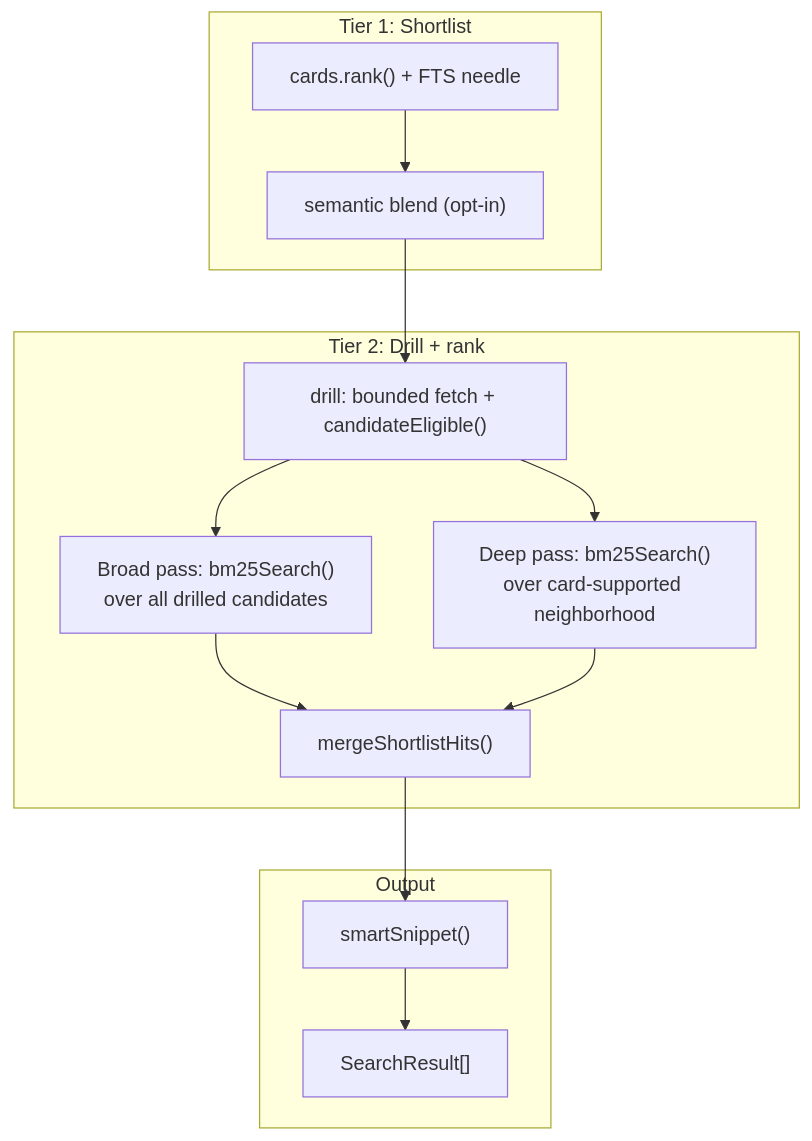
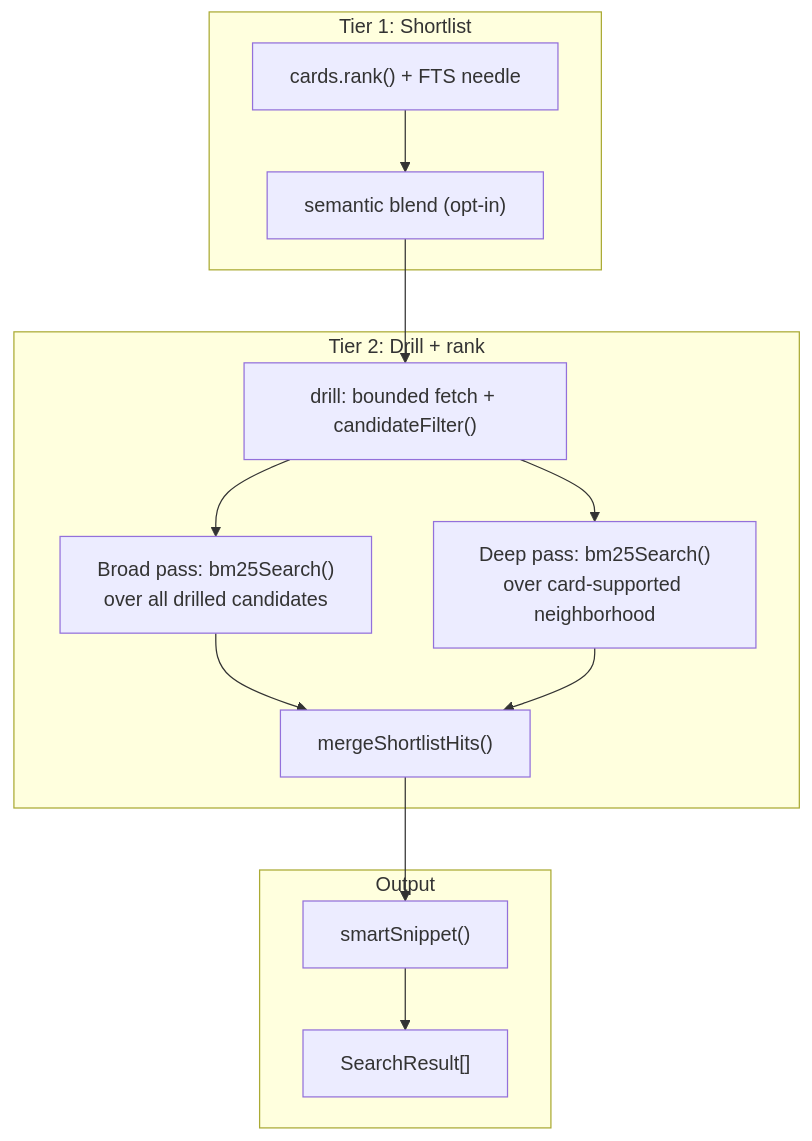
One commit to rmk40/opencode-session-recall changed the third of 5 diagrams in CONTRIBUTING.md. Above: the diagram before and after it, drawn with Mermaid. The commit also changed other lines of this file and 7 other files, not shown here.

````diff
--- a/CONTRIBUTING.md
+++ b/CONTRIBUTING.md
@@ -217,23 +217,23 @@
 ```mermaid
 flowchart TB
     subgraph "Tier 1: Shortlist"
         Rank["cards.rank() + FTS needle"]
         Rank --> Sem["semantic blend (opt-in)"]
     end
 
     subgraph "Tier 2: Drill + rank"
-        Drill["drill: bounded fetch + candidateEligible()"]
+        Drill["drill: bounded fetch + candidateFilter()"]
         Drill --> Broad["Broad pass: bm25Search()<br/>over all drilled candidates"]
         Drill --> Deep["Deep pass: bm25Search()<br/>over card-supported neighborhood"]
         Broad --> Merge["mergeShortlistHits()"]
         Deep --> Merge
     end
 
     subgraph "Output"
         Snippet["smartSnippet()"]
         Snippet --> Results["SearchResult[]"]
     end
 
     Sem --> Drill
     Merge --> Snippet
 ```
````
